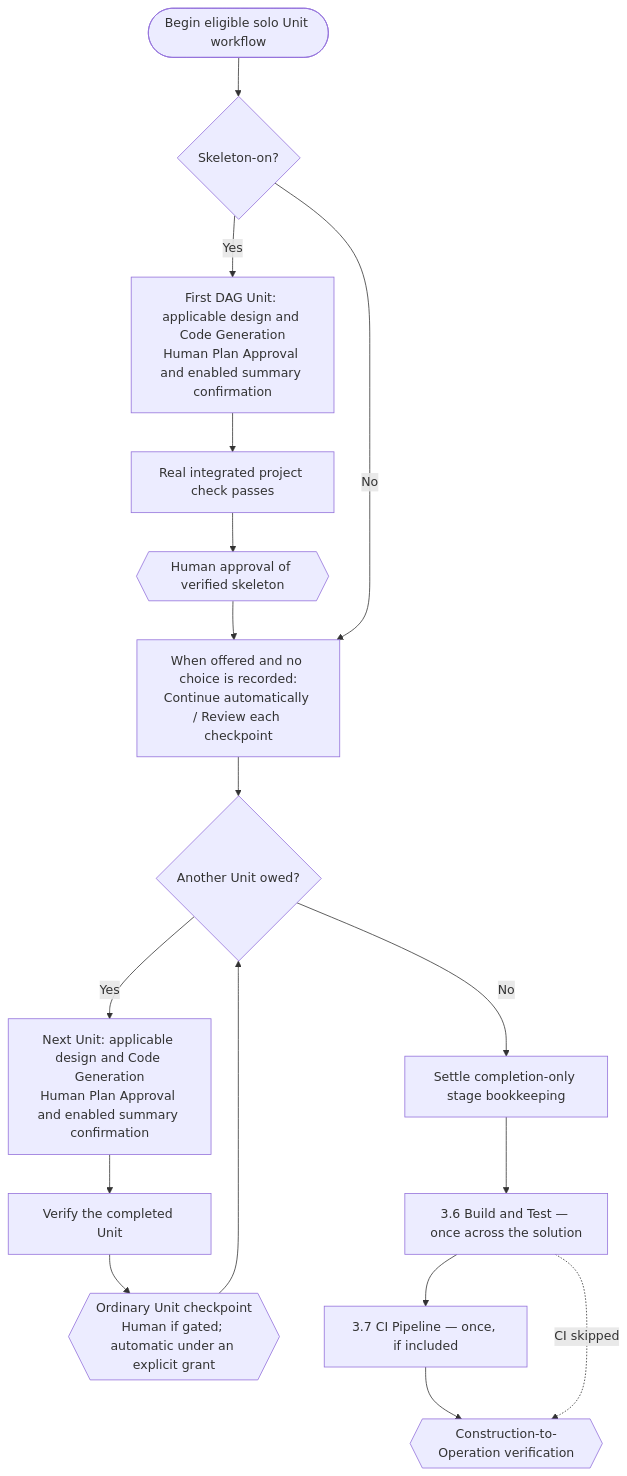
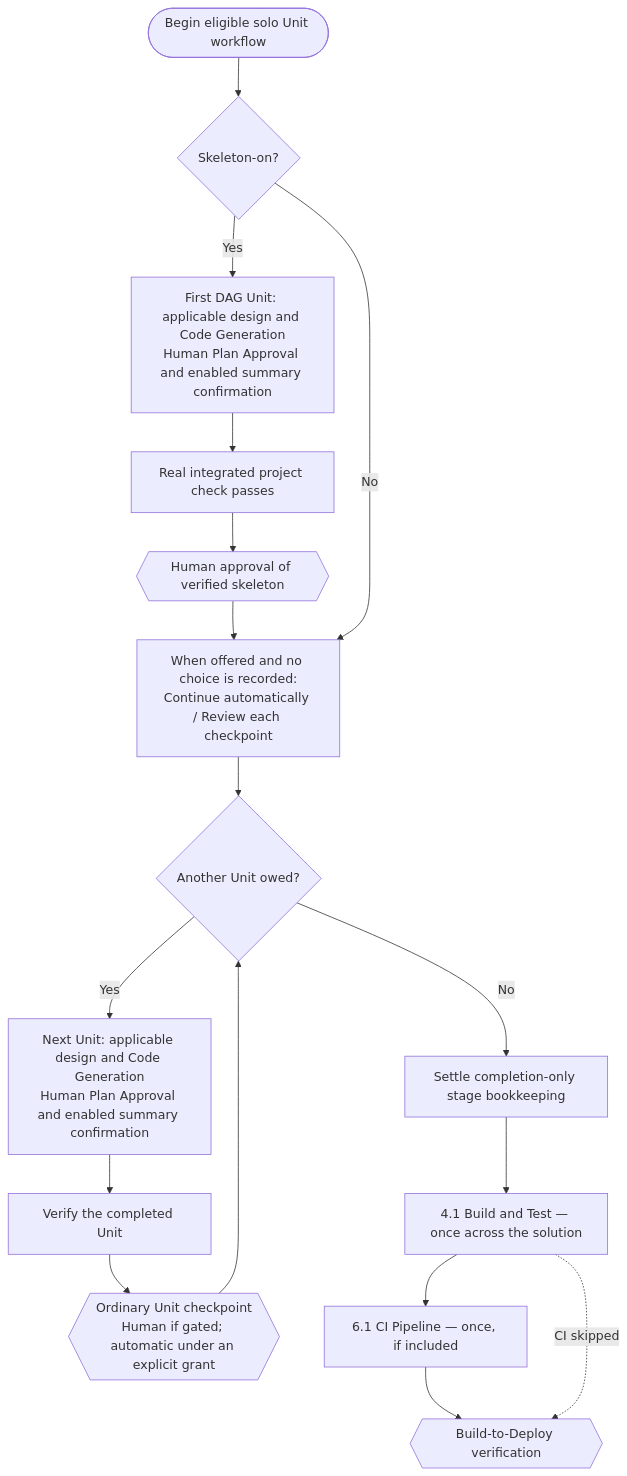
The fourth of 6 diagrams in docs/guide/04-phases-and-stages.md (devsoftx/aidlc-workflows), drawn with Mermaid before and after one commit. The commit also changed other lines of this file and 34 other files, not shown here.

````diff
--- a/docs/guide/04-phases-and-stages.md
+++ b/docs/guide/04-phases-and-stages.md
@@ -311,25 +333,25 @@
 ```mermaid
 flowchart TD
     START(["Begin eligible solo Unit workflow"])
     STANCE{"Skeleton-on?"}
     FIRST["First DAG Unit: applicable design and Code Generation<br/>Human Plan Approval and enabled summary confirmation"]
     INTEGRATED["Real integrated project check passes"]
     SKELETON{{"Human approval of verified skeleton"}}
     OFFER["When offered and no choice is recorded:<br/>Continue automatically / Review each checkpoint"]
     MORE{"Another Unit owed?"}
     UNIT["Next Unit: applicable design and Code Generation<br/>Human Plan Approval and enabled summary confirmation"]
     VERIFY["Verify the completed Unit"]
     CHECKPOINT{{"Ordinary Unit checkpoint<br/>Human if gated; automatic under an explicit grant"}}
     BOOK["Settle completion-only stage bookkeeping"]
-    S36["3.6 Build and Test — once across the solution"]
-    S37["3.7 CI Pipeline — once, if included"]
-    VG3{{"Construction-to-Operation verification"}}
+    S41["4.1 Build and Test — once across the solution"]
+    S61["6.1 CI Pipeline — once, if included"]
+    VG3{{"Build-to-Deploy verification"}}
     START --> STANCE
     STANCE -->|Yes| FIRST --> INTEGRATED --> SKELETON --> OFFER
     STANCE -->|No| OFFER
     OFFER --> MORE
     MORE -->|Yes| UNIT --> VERIFY --> CHECKPOINT --> MORE
-    MORE -->|No| BOOK --> S36
-    S36 --> S37 --> VG3
-    S36 -.->|CI skipped| VG3
+    MORE -->|No| BOOK --> S41
+    S41 --> S61 --> VG3
+    S41 -.->|CI skipped| VG3
 ```
````
